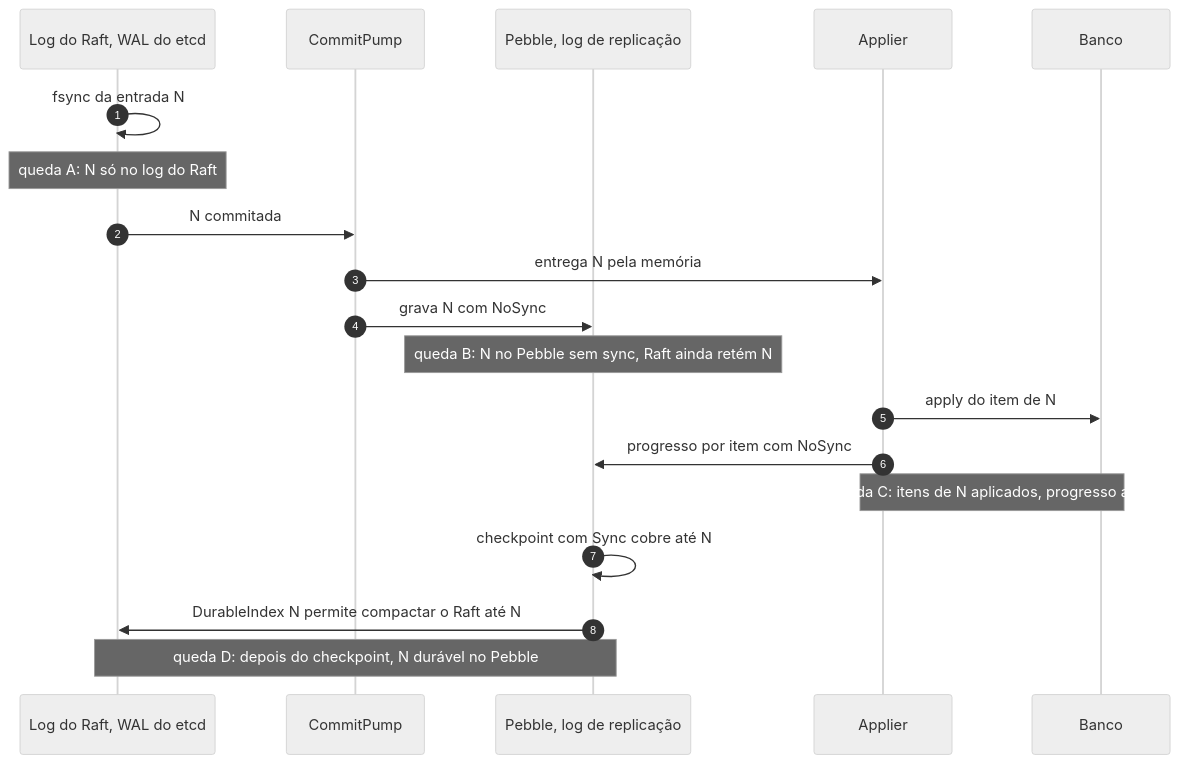
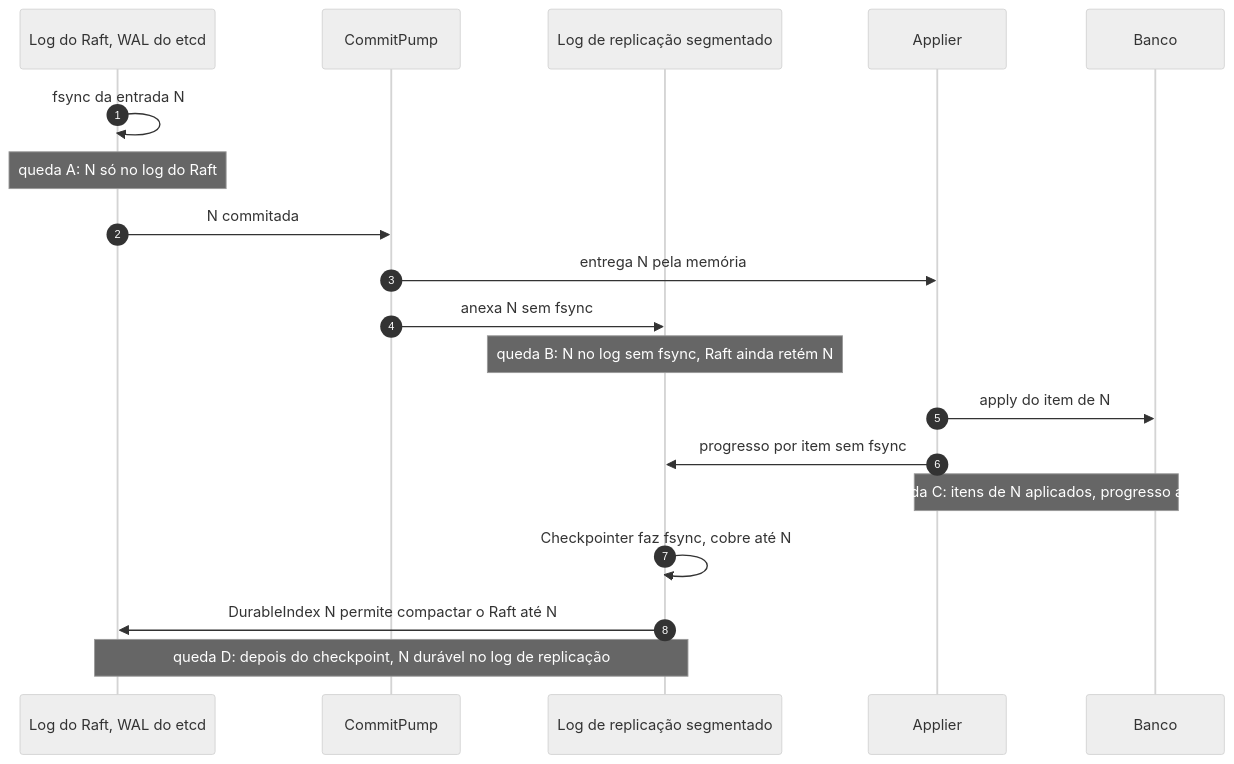
Before and after one commit to brbarmex/k: the diagram in 02_cenarios/complexos/X04-partida-recuperacao-e-dois-logs.md, drawn with Mermaid (neutral theme). The commit also changed other lines of this file and 40 other files, not shown here.

First line of the commit message:
Troca o Pebble por log de replicação segmentado (ADR-055) e implementa o fluxo no código de exemplo

````diff
--- a/02_cenarios/complexos/X04-partida-recuperacao-e-dois-logs.md
+++ b/02_cenarios/complexos/X04-partida-recuperacao-e-dois-logs.md
@@ -15,21 +15,21 @@
 ```mermaid
 sequenceDiagram
     autonumber
     participant R as Log do Raft, WAL do etcd
     participant P as CommitPump
-    participant L as Pebble, log de replicação
+    participant L as Log de replicação segmentado
     participant AP as Applier
     participant DB as Banco
     R->>R: fsync da entrada N
     Note over R: queda A: N só no log do Raft
     R->>P: N commitada
     P->>AP: entrega N pela memória
-    P->>L: grava N com NoSync
-    Note over L: queda B: N no Pebble sem sync, Raft ainda retém N
+    P->>L: anexa N sem fsync
+    Note over L: queda B: N no log sem fsync, Raft ainda retém N
     AP->>DB: apply do item de N
-    AP->>L: progresso por item com NoSync
+    AP->>L: progresso por item sem fsync
     Note over AP,DB: queda C: itens de N aplicados, progresso atrás
-    L->>L: checkpoint com Sync cobre até N
+    L->>L: Checkpointer faz fsync, cobre até N
     L->>R: DurableIndex N permite compactar o Raft até N
-    Note over R,L: queda D: depois do checkpoint, N durável no Pebble
+    Note over R,L: queda D: depois do checkpoint, N durável no log de replicação
 ```
````
